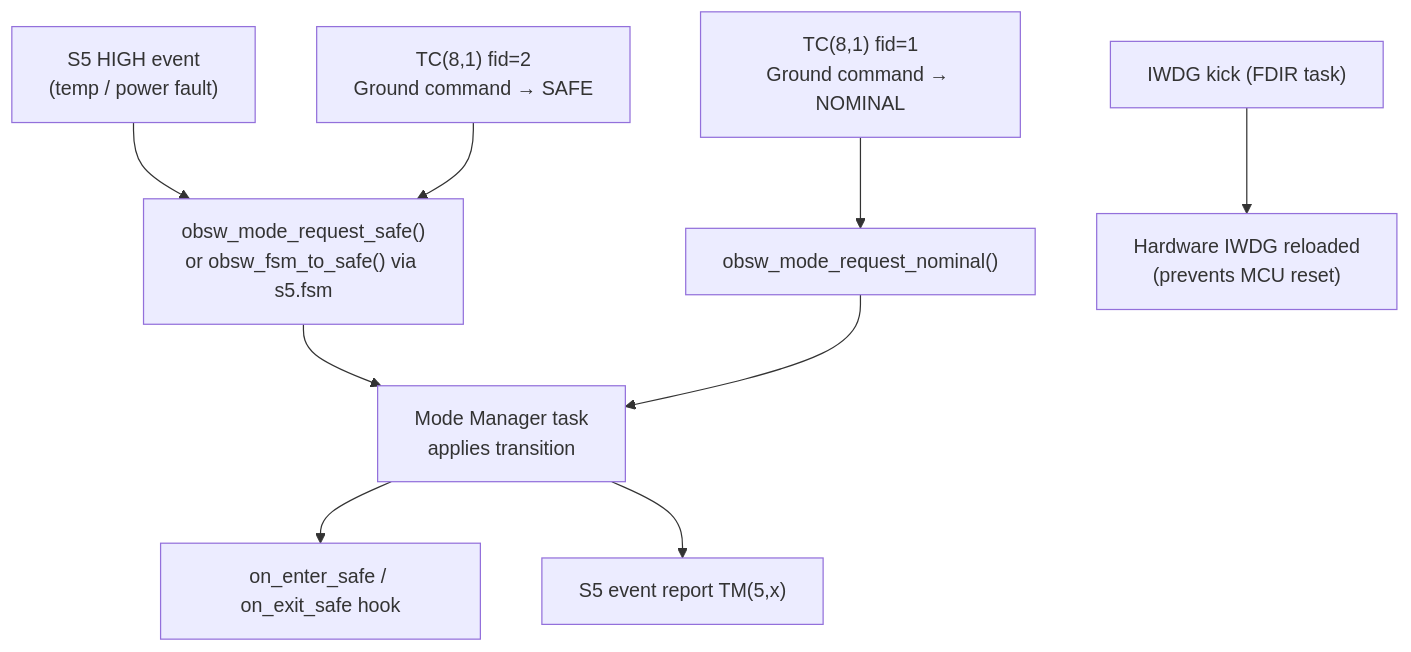
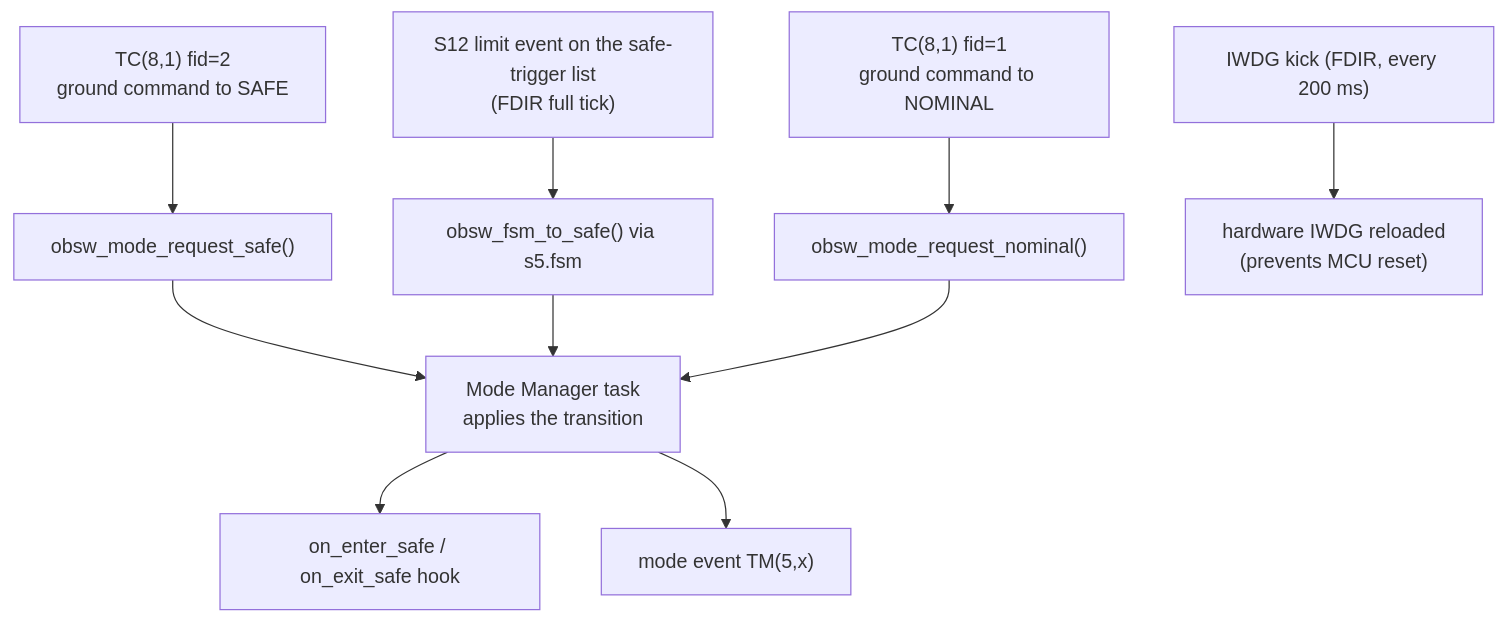
One commit to lipofefeyt/openobsw changed the second of 2 diagrams in docs/architecture.md. Above: the diagram before and after it, drawn with Mermaid. The commit also changed other lines of this file and 4 other files, not shown here.

````diff
--- a/docs/architecture.md
+++ b/docs/architecture.md
@@ -438,18 +372,19 @@
 ```mermaid
 flowchart TD
-    WD["IWDG kick (FDIR task)"]
-    S5HIGH["S5 HIGH event\n(temp / power fault)"]
-    TC81_1["TC(8,1) fid=2\nGround command → SAFE"]
-    TC81_2["TC(8,1) fid=1\nGround command → NOMINAL"]
+    WD["IWDG kick (FDIR, every 200 ms)"]
+    S12["S12 limit event on the safe-trigger list\n(FDIR full tick)"]
+    TC81_1["TC(8,1) fid=2\nground command to SAFE"]
+    TC81_2["TC(8,1) fid=1\nground command to NOMINAL"]
 
-    S5HIGH --> SAFERQ["obsw_mode_request_safe()\nor obsw_fsm_to_safe() via s5.fsm"]
-    TC81_1 --> SAFERQ
-    SAFERQ --> MM["Mode Manager task\napplies transition"]
+    S12 --> SAFE["obsw_fsm_to_safe() via s5.fsm"]
+    TC81_1 --> SAFERQ["obsw_mode_request_safe()"]
+    SAFERQ --> MM["Mode Manager task\napplies the transition"]
+    SAFE --> MM
     MM --> HOOK["on_enter_safe / on_exit_safe hook"]
-    MM --> TM["S5 event report TM(5,x)"]
+    MM --> TM["mode event TM(5,x)"]
 
     TC81_2 --> NOMRQ["obsw_mode_request_nominal()"]
     NOMRQ --> MM
 
-    WD --> IWDG["Hardware IWDG reloaded\n(prevents MCU reset)"]
+    WD --> IWDG["hardware IWDG reloaded\n(prevents MCU reset)"]
 ```
````
